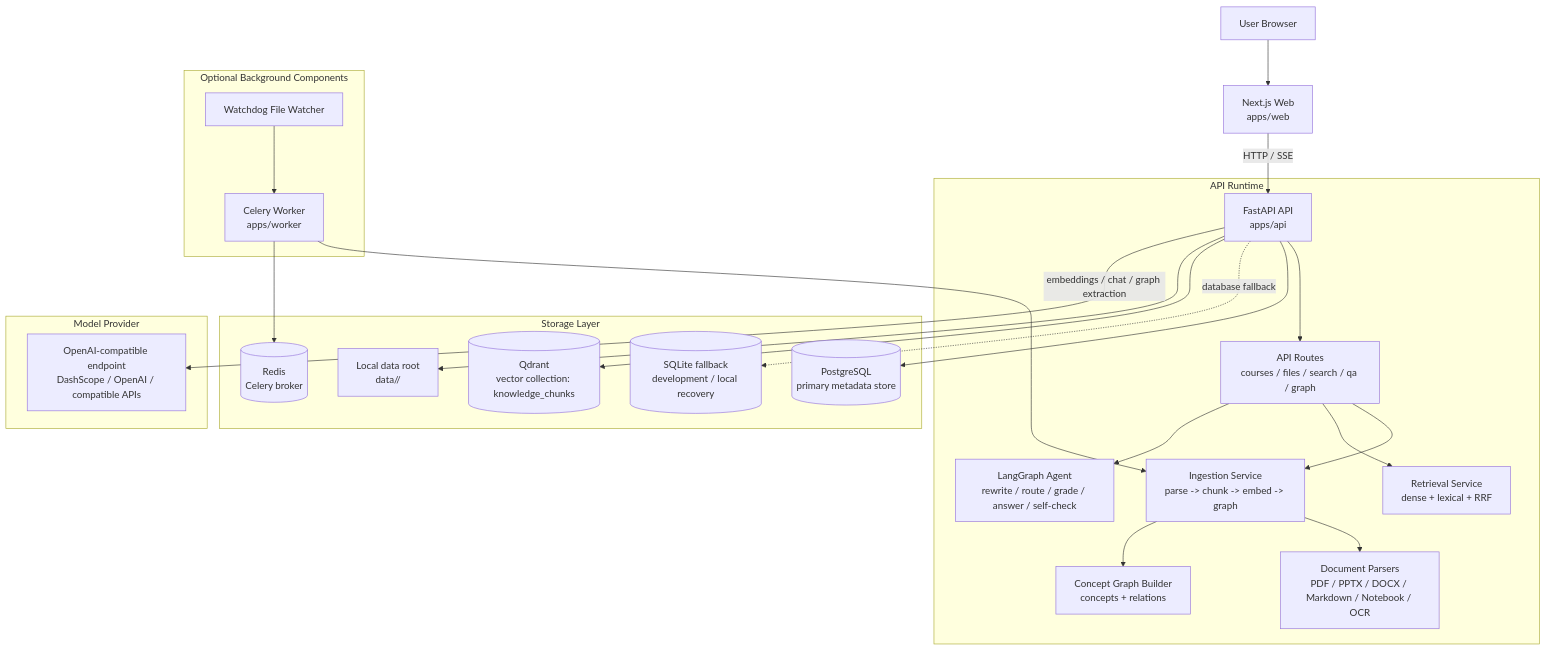
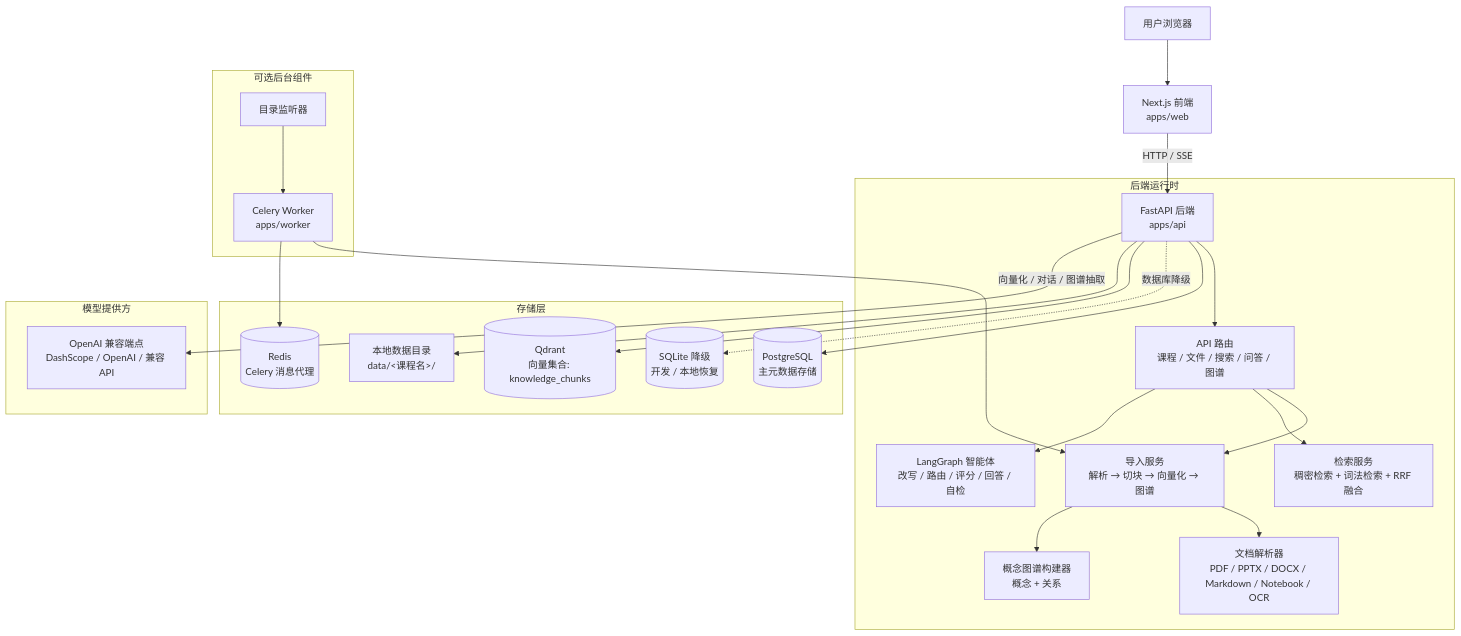
Before and after one commit to Sggggt/DialoGraph: the first of 5 diagrams in README.md, drawn with Mermaid. The commit also changed other lines of this file and 1 other file, not shown here.

````diff
--- a/README.md
+++ b/README.md
@@ -9,39 +11,39 @@
 ```mermaid
 flowchart TB
-    U["User Browser"] --> W["Next.js Web<br/>apps/web"]
-    W -->|HTTP / SSE| API["FastAPI API<br/>apps/api"]
+    U["用户浏览器"] --> W["Next.js 前端<br/>apps/web"]
+    W -->|HTTP / SSE| API["FastAPI 后端<br/>apps/api"]
 
-    subgraph API_RUNTIME["API Runtime"]
-        API --> ROUTES["API Routes<br/>courses / files / search / qa / graph"]
-        ROUTES --> INGEST["Ingestion Service<br/>parse -> chunk -> embed -> graph"]
-        ROUTES --> RETRIEVAL["Retrieval Service<br/>dense + lexical + RRF"]
-        ROUTES --> AGENT["LangGraph Agent<br/>rewrite / route / grade / answer / self-check"]
-        INGEST --> PARSERS["Document Parsers<br/>PDF / PPTX / DOCX / Markdown / Notebook / OCR"]
-        INGEST --> GRAPH["Concept Graph Builder<br/>concepts + relations"]
+    subgraph API_RUNTIME["后端运行时"]
+        API --> ROUTES["API 路由<br/>课程 / 文件 / 搜索 / 问答 / 图谱"]
+        ROUTES --> INGEST["导入服务<br/>解析 → 切块 → 向量化 → 图谱"]
+        ROUTES --> RETRIEVAL["检索服务<br/>稠密检索 + 词法检索 + RRF 融合"]
+        ROUTES --> AGENT["LangGraph 智能体<br/>改写 / 路由 / 评分 / 回答 / 自检"]
+        INGEST --> PARSERS["文档解析器<br/>PDF / PPTX / DOCX / Markdown / Notebook / OCR"]
+        INGEST --> GRAPH["概念图谱构建器<br/>概念 + 关系"]
     end
 
-    subgraph WORKERS["Optional Background Components"]
+    subgraph WORKERS["可选后台组件"]
         CELERY["Celery Worker<br/>apps/worker"] --> INGEST
-        WATCHER["Watchdog File Watcher"] --> CELERY
+        WATCHER["目录监听器"] --> CELERY
     end
 
-    subgraph STORES["Storage Layer"]
-        DB[("PostgreSQL<br/>primary metadata store")]
-        SQLITE[("SQLite fallback<br/>development / local recovery")]
-        QDRANT[("Qdrant<br/>vector collection: knowledge_chunks")]
-        FS["Local data root<br/>data/<Course Name>/"]
-        REDIS[("Redis<br/>Celery broker")]
+    subgraph STORES["存储层"]
+        DB[("PostgreSQL<br/>主元数据存储")]
+        SQLITE[("SQLite 降级<br/>开发 / 本地恢复")]
+        QDRANT[("Qdrant<br/>向量集合: knowledge_chunks")]
+        FS["本地数据目录<br/>data/<课程名>/"]
+        REDIS[("Redis<br/>Celery 消息代理")]
     end
 
     API --> DB
-    API -. "database fallback" .-> SQLITE
+    API -. "数据库降级" .-> SQLITE
     API --> QDRANT
     API --> FS
     CELERY --> REDIS
 
-    subgraph MODEL["Model Provider"]
-        LLM["OpenAI-compatible endpoint<br/>DashScope / OpenAI / compatible APIs"]
+    subgraph MODEL["模型提供方"]
+        LLM["OpenAI 兼容端点<br/>DashScope / OpenAI / 兼容 API"]
     end
 
-    API -->|embeddings / chat / graph extraction| LLM
+    API -->|向量化 / 对话 / 图谱抽取| LLM
 ```
````
